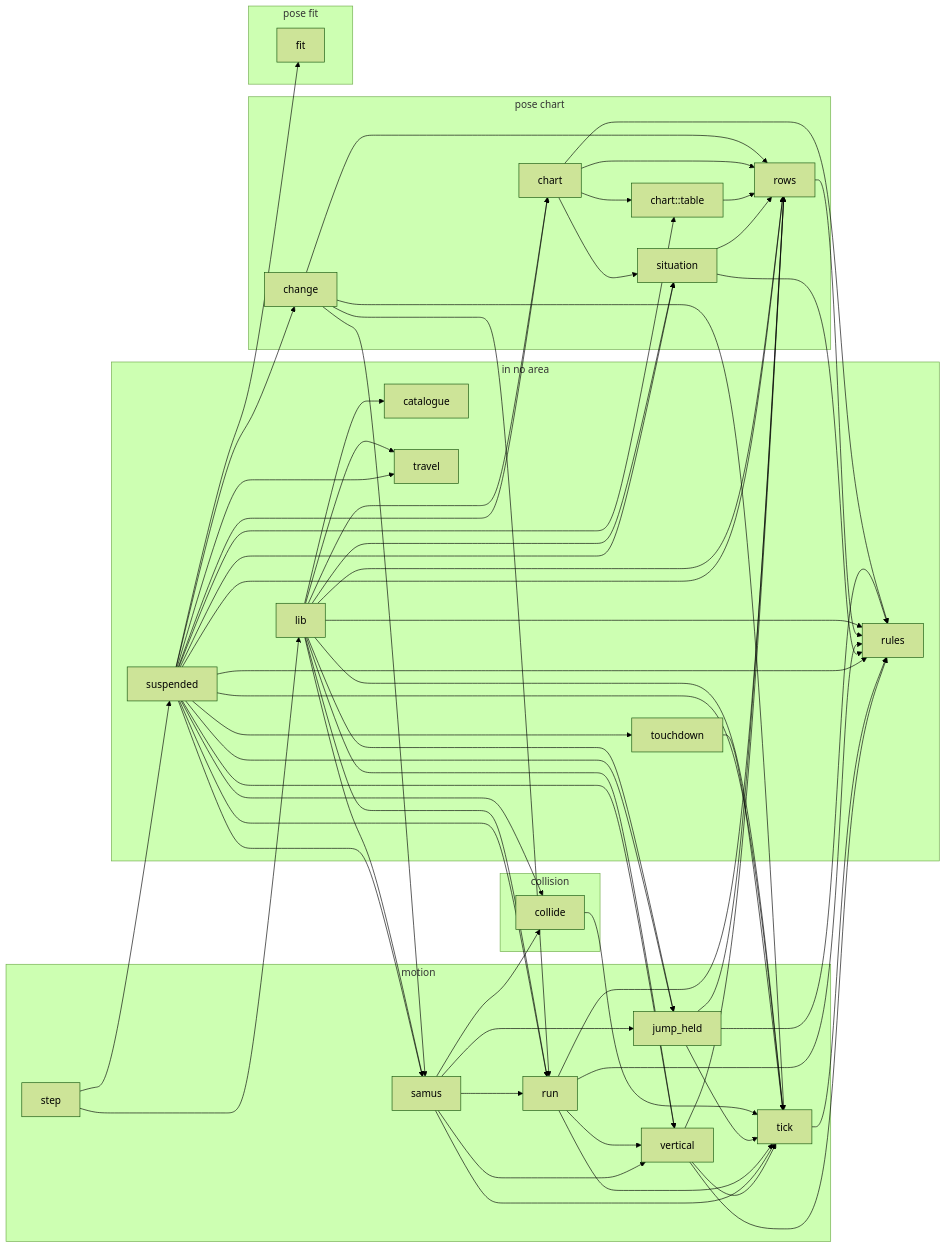
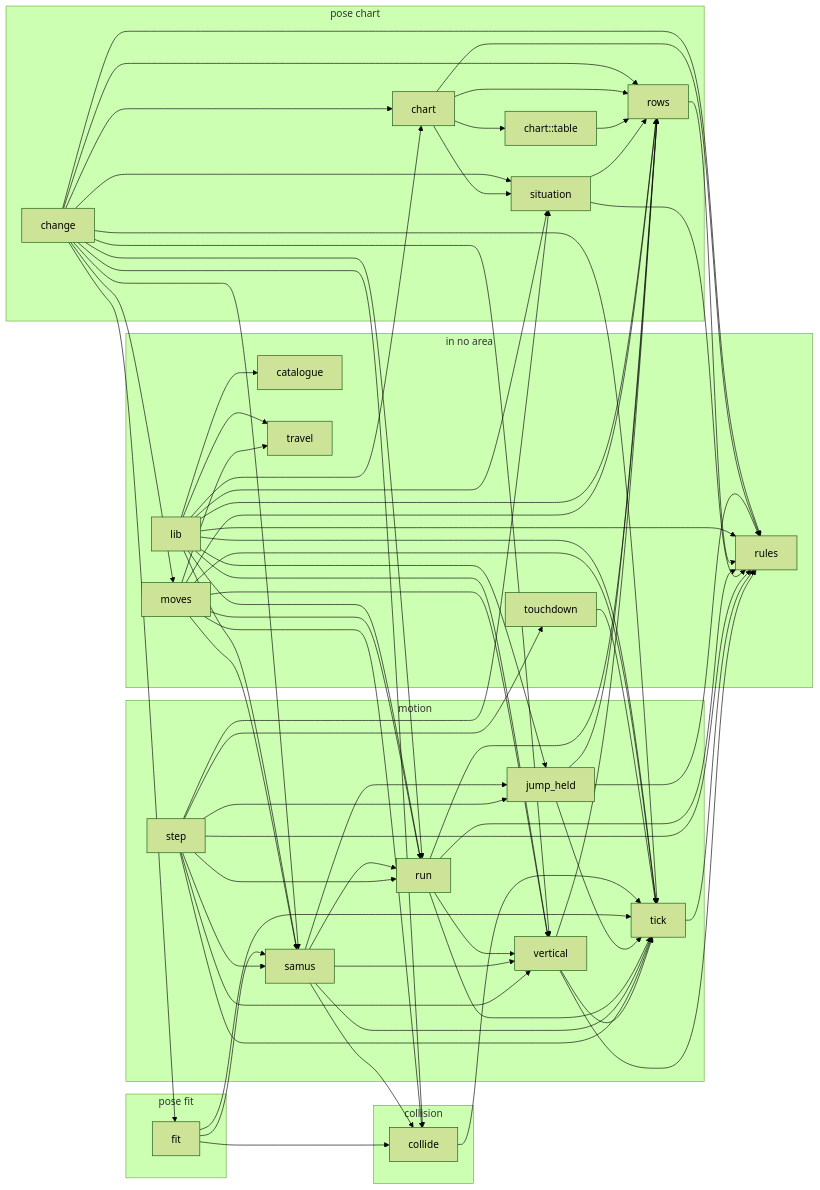
Before and after one commit to JimLundin/sm-decomp: the sixth of 18 diagrams in docs/REPORT.md, drawn with Mermaid (forest theme). The commit also changed other lines of this file and 80 other files, not shown here.

```diff
--- a/docs/REPORT.md
+++ b/docs/REPORT.md
@@ -1286,8 +1280,8 @@
   subgraph a_in_no_area["in no area"]
     m_catalogue["catalogue"]
     m_lib["lib"]
+    m_moves["moves"]
     m_rules["rules"]
-    m_suspended["suspended"]
     m_touchdown["touchdown"]
     m_travel["travel"]
   end
@@ -1312,16 +1306,26 @@
   subgraph a_pose_fit["pose fit"]
     m_fit["fit"]
   end
+  m_change --> m_chart
+  m_change --> m_collide
+  m_change --> m_fit
+  m_change --> m_moves
   m_change --> m_rows
+  m_change --> m_rules
   m_change --> m_run
   m_change --> m_samus
+  m_change --> m_situation
   m_change --> m_tick
+  m_change --> m_vertical
   m_chart --> m_chart__table
   m_chart --> m_rows
   m_chart --> m_rules
   m_chart --> m_situation
   m_chart__table --> m_rows
   m_collide --> m_tick
+  m_fit --> m_collide
+  m_fit --> m_samus
+  m_fit --> m_tick
   m_jump_held --> m_rows
   m_jump_held --> m_rules
   m_jump_held --> m_tick
@@ -1336,6 +1340,13 @@
   m_lib --> m_tick
   m_lib --> m_travel
   m_lib --> m_vertical
+  m_moves --> m_collide
+  m_moves --> m_rows
+  m_moves --> m_run
+  m_moves --> m_samus
+  m_moves --> m_tick
+  m_moves --> m_travel
+  m_moves --> m_vertical
   m_rows --> m_rules
   m_run --> m_rows
   m_run --> m_rules
@@ -1348,23 +1359,14 @@
   m_samus --> m_vertical
   m_situation --> m_rows
   m_situation --> m_rules
-  m_step --> m_lib
-  m_step --> m_suspended
-  m_suspended --> m_change
-  m_suspended --> m_chart
-  m_suspended --> m_chart__table
-  m_suspended --> m_collide
-  m_suspended --> m_fit
-  m_suspended --> m_jump_held
-  m_suspended --> m_rows
-  m_suspended --> m_rules
-  m_suspended --> m_run
-  m_suspended --> m_samus
-  m_suspended --> m_situation
-  m_suspended --> m_tick
-  m_suspended --> m_touchdown
-  m_suspended --> m_travel
-  m_suspended --> m_vertical
+  m_step --> m_jump_held
+  m_step --> m_rules
+  m_step --> m_run
+  m_step --> m_samus
+  m_step --> m_situation
+  m_step --> m_tick
+  m_step --> m_touchdown
+  m_step --> m_vertical
   m_tick --> m_rules
   m_touchdown --> m_tick
   m_vertical --> m_rows
```
